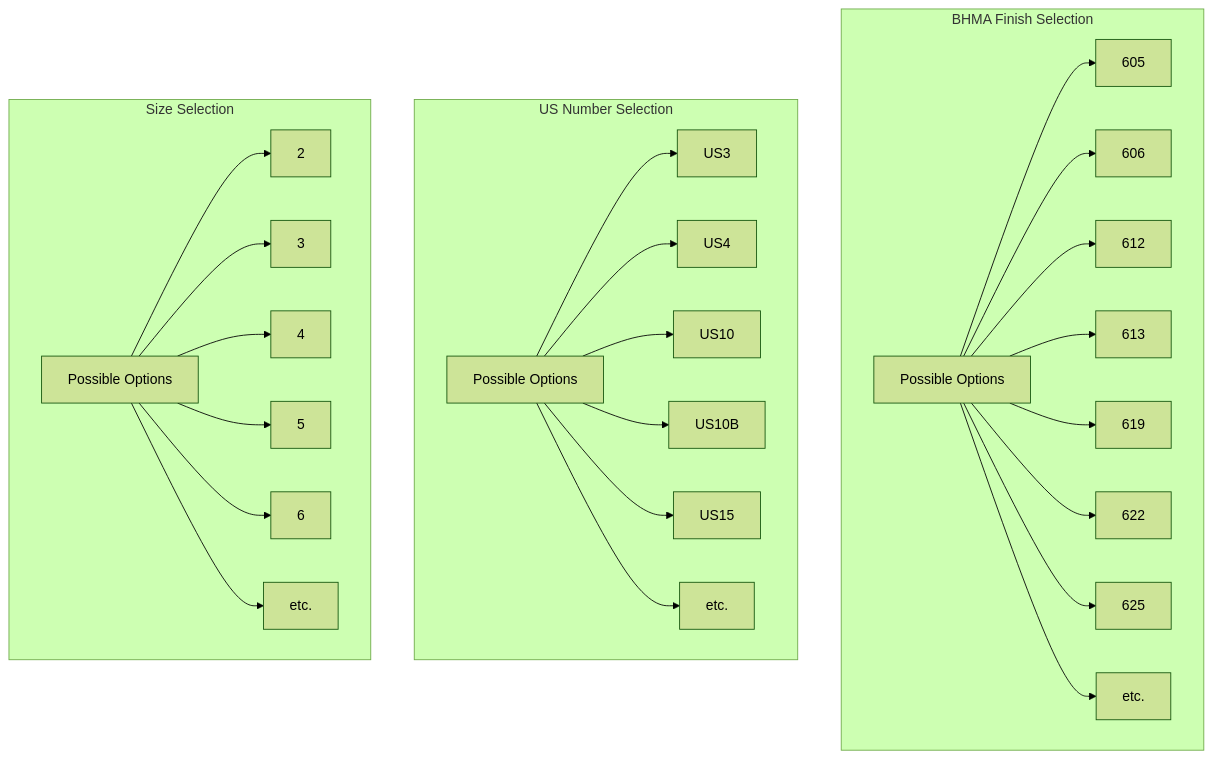
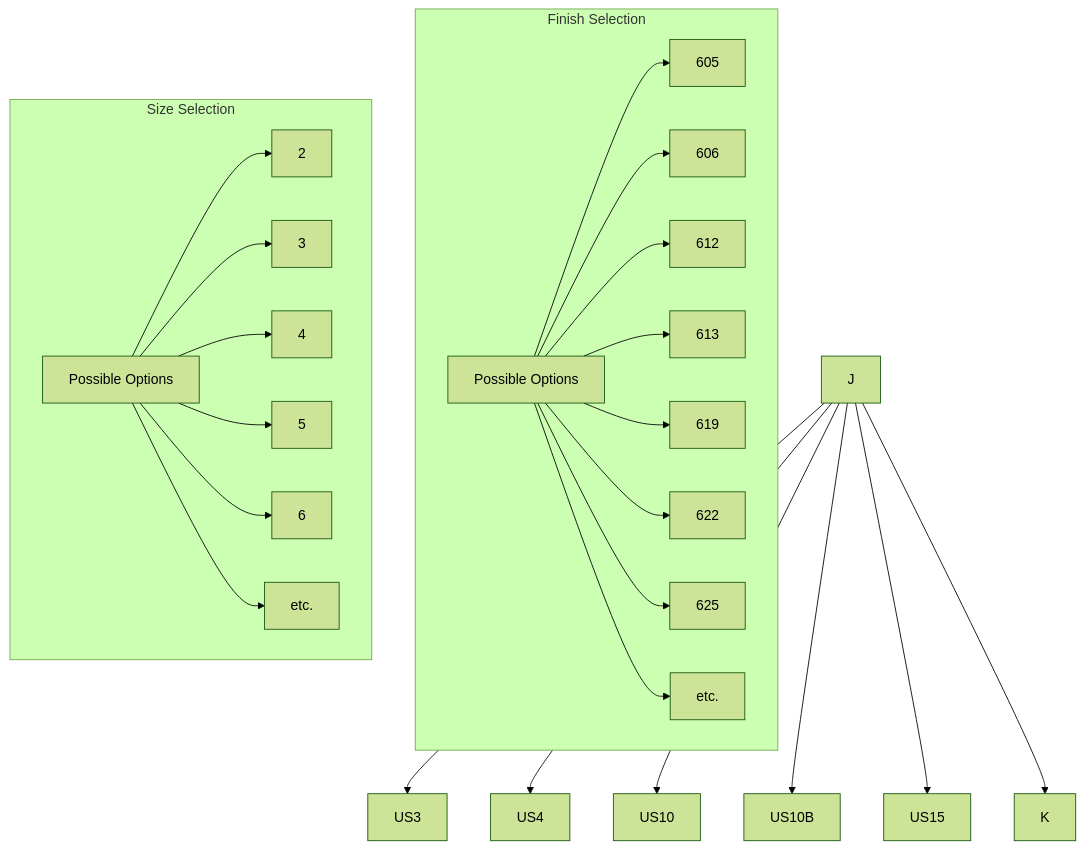
The second of 16 diagrams in README.md (alokdas81/diamond-pricebook-diagram), drawn with Mermaid (forest theme) before and after one commit. The commit also changed other lines of this file and 8 other files, not shown here.

````diff
--- a/README.md
+++ b/README.md
@@ -224,59 +207,49 @@
 ```mermaid
 graph TB
 
-subgraph BHMA Finish Selection
+subgraph Finish Selection
 H[Possible Options]
 605
 606
 612
 613
 619
 622
 625
 I[etc.]
-end
-
-subgraph US Number Selection
-J[Possible Options]
-US3
-US4
-US10
-US10B
-US15
-K[etc.]
 end
 
 subgraph Size Selection
 G[Possible Options]
 2
 3
 4
 5
 6
 L[etc.]
 end
 
 G --> 2
 G --> 3
 G --> 4
 G --> 5
 G --> 6
 G --> L
 
 H --> 605
 H --> 606
 H --> 612
 H --> 613
 
 H --> 619
 H --> 622
 H --> 625
 H --> I
 
 J --> US3
 J --> US4
 J --> US10
 J --> US10B
 J --> US15
 J --> K
 ```
````
